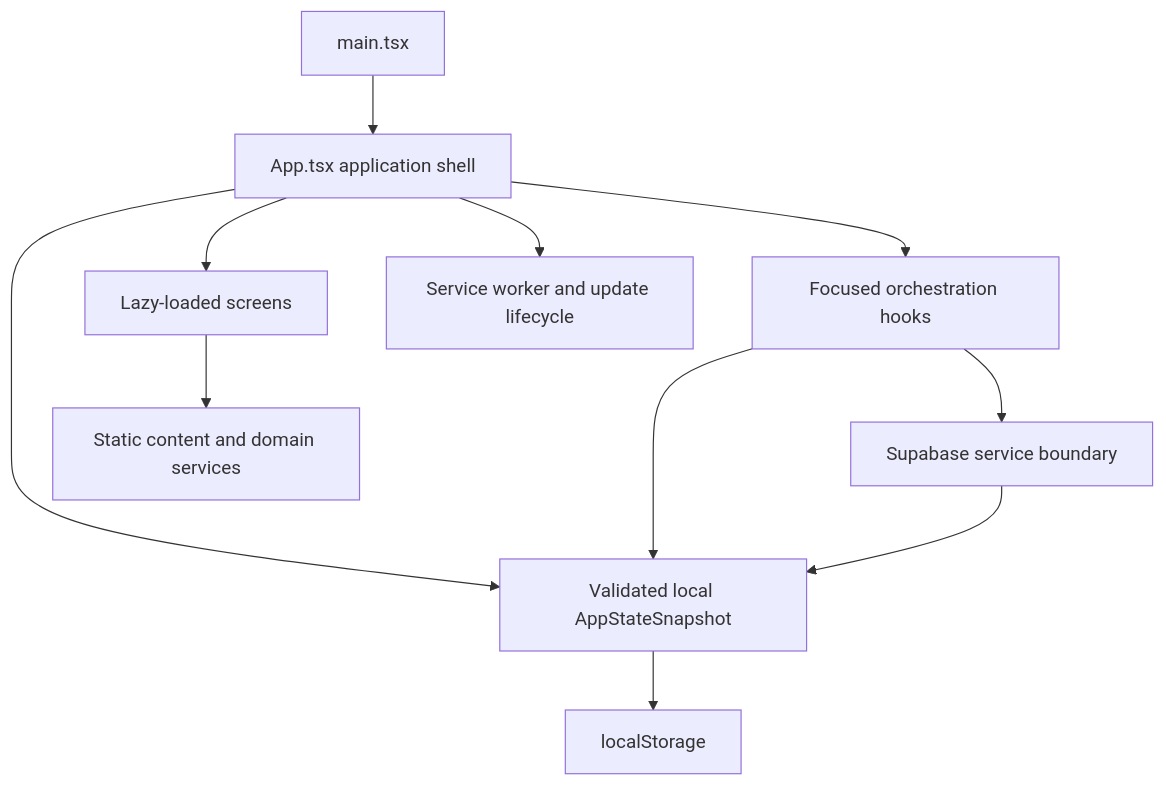
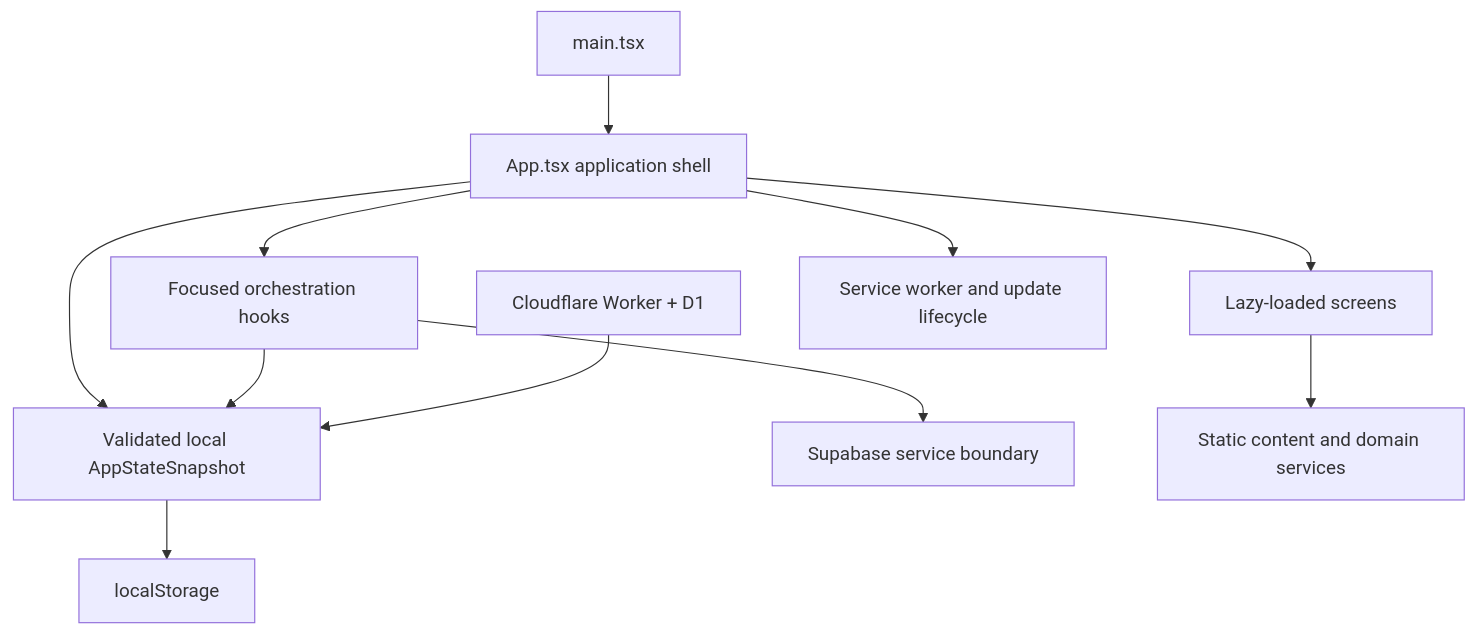
Before and after one commit to amahdy59/Azkarapp: the diagram in docs/ARCHITECTURE.md, drawn with Mermaid. The commit also changed other lines of this file and 25 other files, not shown here.

First line of the commit message:
feat: Cloudflare QR device sync and privacy-safe visitor count

````diff
--- a/docs/ARCHITECTURE.md
+++ b/docs/ARCHITECTURE.md
@@ -7,13 +7,13 @@
 ```mermaid
 flowchart TD
   Entry["main.tsx"] --> App["App.tsx application shell"]
   App --> State["Validated local AppStateSnapshot"]
   App --> Screens["Lazy-loaded screens"]
   App --> Hooks["Focused orchestration hooks"]
   Hooks --> Supabase["Supabase service boundary"]
   Screens --> Content["Static content and domain services"]
   State --> Storage["localStorage"]
   Hooks --> State
-  Supabase --> State
+  RemoteSync[Cloudflare Worker + D1] --> State
   App --> PWA["Service worker and update lifecycle"]
 ```
````
